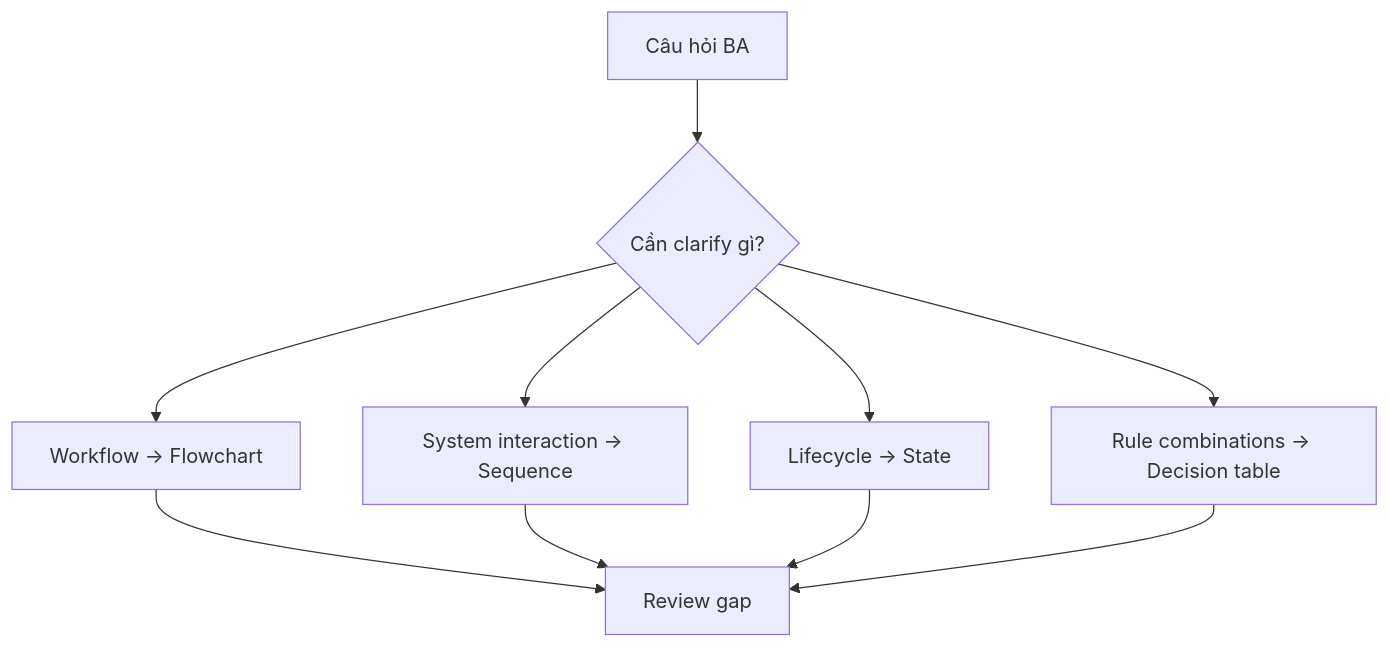
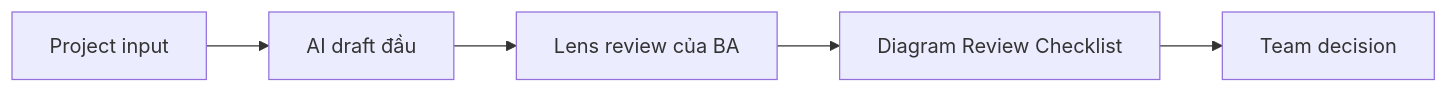
One commit to anhtnt90dev/ai-for-ba changed the first of 2 diagrams in docs/vi/lessons/diagramming-for-ba/index.md. Above: the diagram before and after it, drawn with Mermaid. The commit also changed other lines of this file and 40 other files, not shown here.

````diff
--- a/docs/vi/lessons/diagramming-for-ba/index.md
+++ b/docs/vi/lessons/diagramming-for-ba/index.md
@@ -68,12 +84,12 @@
 ```mermaid
-flowchart TD
-    A["Câu hỏi BA"] --> B{"Cần clarify gì?"}
-    B --> C["Workflow -> Flowchart"]
-    B --> D["System interaction -> Sequence"]
-    B --> E["Lifecycle -> State"]
-    B --> F["Rule combinations -> Decision table"]
-    C --> G["Review gap"]
-    D --> G
-    E --> G
-    F --> G
+flowchart LR
+    A["Project input"]
+    B["AI draft đầu"]
+    A --> B
+    C["Lens review của BA"]
+    B --> C
+    D["Diagram Review Checklist"]
+    C --> D
+    E["Team decision"]
+    D --> E
 ```
````
